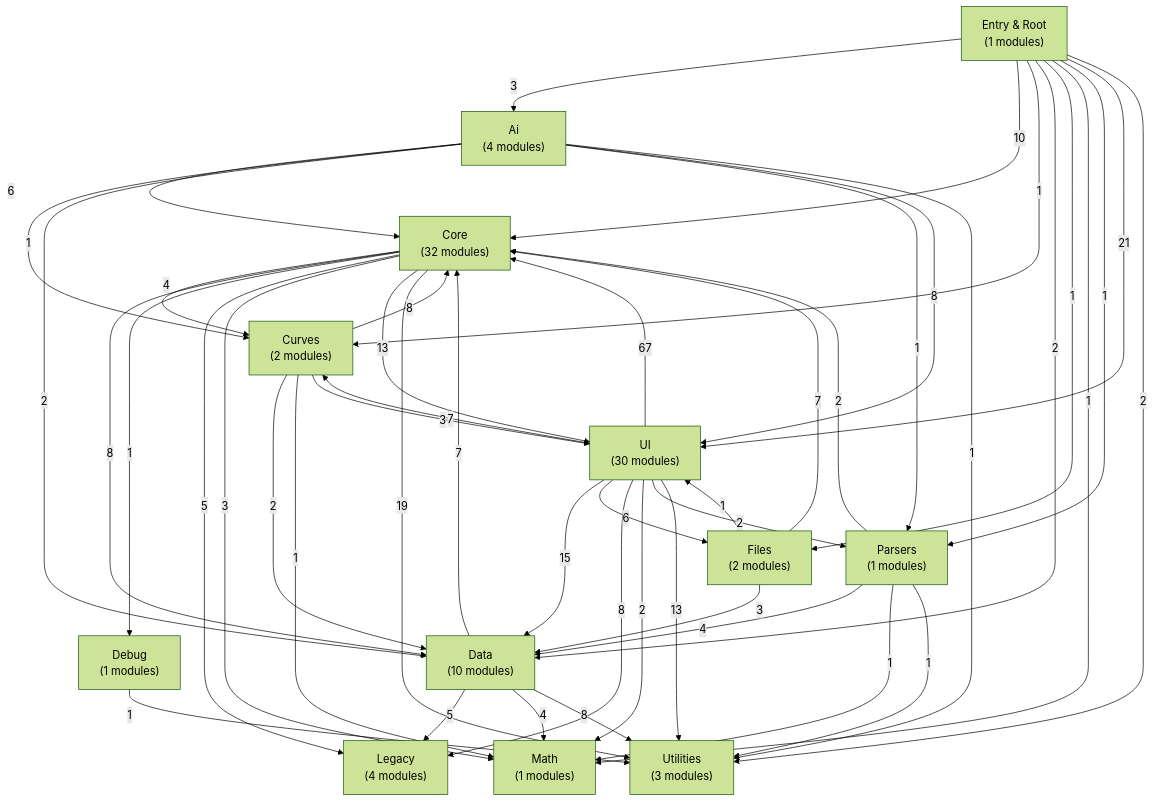
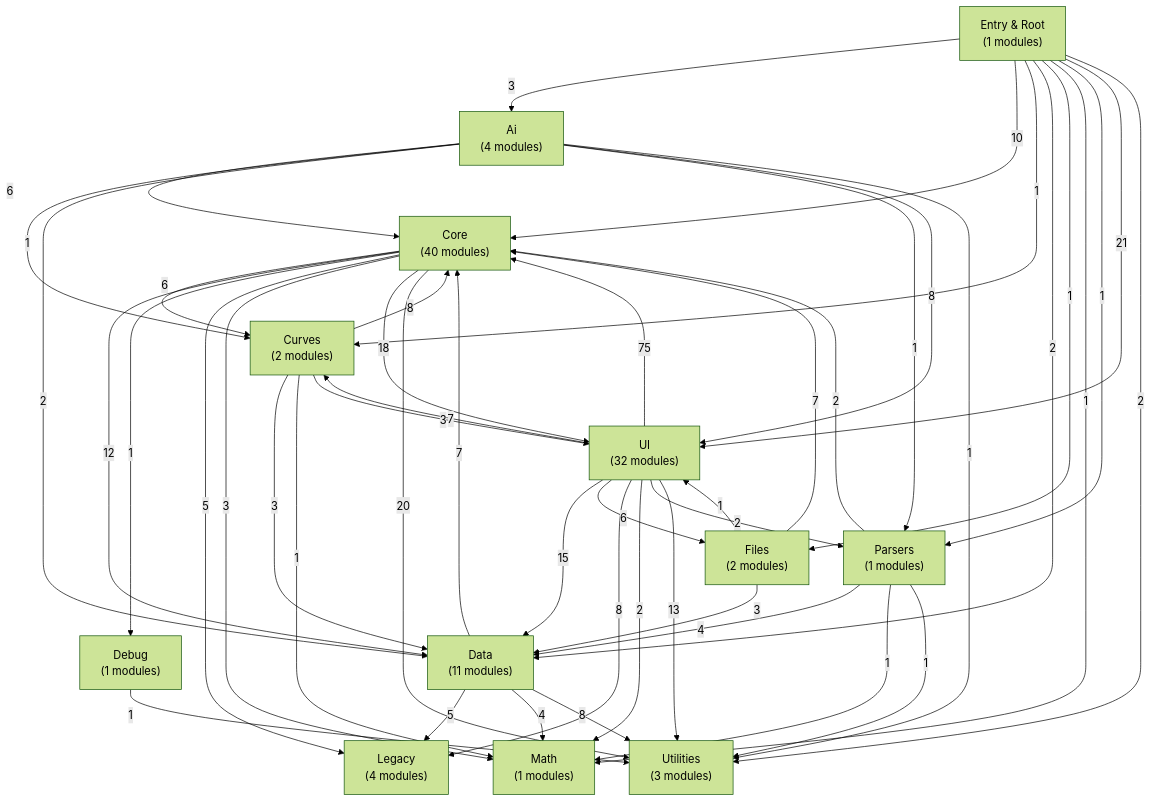
The diagram in docs/architecture-map.md (David-Marsh-Photo/quadGEN), drawn with Mermaid (forest theme) before and after one commit. The commit also changed other lines of this file and 9 other files, not shown here.

First line of the commit message:
docs: sync VERSION_HISTORY, CHANGELOG, and architecture map

````diff
--- a/docs/architecture-map.md
+++ b/docs/architecture-map.md
@@ -7,61 +7,61 @@
 ```mermaid
 flowchart TD
   G_js_ai["Ai\n(4 modules)"]
-  G_js_core["Core\n(32 modules)"]
+  G_js_core["Core\n(40 modules)"]
   G_js_curves["Curves\n(2 modules)"]
-  G_js_data["Data\n(10 modules)"]
+  G_js_data["Data\n(11 modules)"]
   G_js_debug["Debug\n(1 modules)"]
   G_js_files["Files\n(2 modules)"]
   G_js_legacy["Legacy\n(4 modules)"]
   G_js_math["Math\n(1 modules)"]
   G_js_parsers["Parsers\n(1 modules)"]
-  G_js_ui["UI\n(30 modules)"]
+  G_js_ui["UI\n(32 modules)"]
   G_js_utils["Utilities\n(3 modules)"]
   G_src["Entry & Root\n(1 modules)"]
   G_js_ai -->|6| G_js_core
   G_js_ai -->|1| G_js_curves
   G_js_ai -->|2| G_js_data
   G_js_ai -->|1| G_js_parsers
   G_js_ai -->|8| G_js_ui
   G_js_ai -->|1| G_js_utils
-  G_js_core -->|4| G_js_curves
-  G_js_core -->|8| G_js_data
+  G_js_core -->|6| G_js_curves
+  G_js_core -->|12| G_js_data
   G_js_core -->|1| G_js_debug
   G_js_core -->|5| G_js_legacy
   G_js_core -->|3| G_js_math
-  G_js_core -->|13| G_js_ui
-  G_js_core -->|19| G_js_utils
+  G_js_core -->|18| G_js_ui
+  G_js_core -->|20| G_js_utils
   G_js_curves -->|8| G_js_core
-  G_js_curves -->|2| G_js_data
+  G_js_curves -->|3| G_js_data
   G_js_curves -->|1| G_js_math
   G_js_curves -->|3| G_js_ui
   G_js_data -->|7| G_js_core
   G_js_data -->|5| G_js_legacy
   G_js_data -->|4| G_js_math
   G_js_data -->|8| G_js_utils
   G_js_debug -->|1| G_js_utils
   G_js_files -->|7| G_js_core
   G_js_files -->|3| G_js_data
   G_js_files -->|1| G_js_ui
   G_js_parsers -->|2| G_js_core
   G_js_parsers -->|4| G_js_data
   G_js_parsers -->|1| G_js_math
   G_js_parsers -->|1| G_js_utils
-  G_js_ui -->|67| G_js_core
+  G_js_ui -->|75| G_js_core
   G_js_ui -->|7| G_js_curves
   G_js_ui -->|15| G_js_data
   G_js_ui -->|6| G_js_files
   G_js_ui -->|8| G_js_legacy
   G_js_ui -->|2| G_js_math
   G_js_ui -->|2| G_js_parsers
   G_js_ui -->|13| G_js_utils
   G_src -->|3| G_js_ai
   G_src -->|10| G_js_core
   G_src -->|1| G_js_curves
   G_src -->|2| G_js_data
   G_src -->|1| G_js_files
   G_src -->|1| G_js_math
   G_src -->|1| G_js_parsers
   G_src -->|21| G_js_ui
   G_src -->|2| G_js_utils
 ```
````
